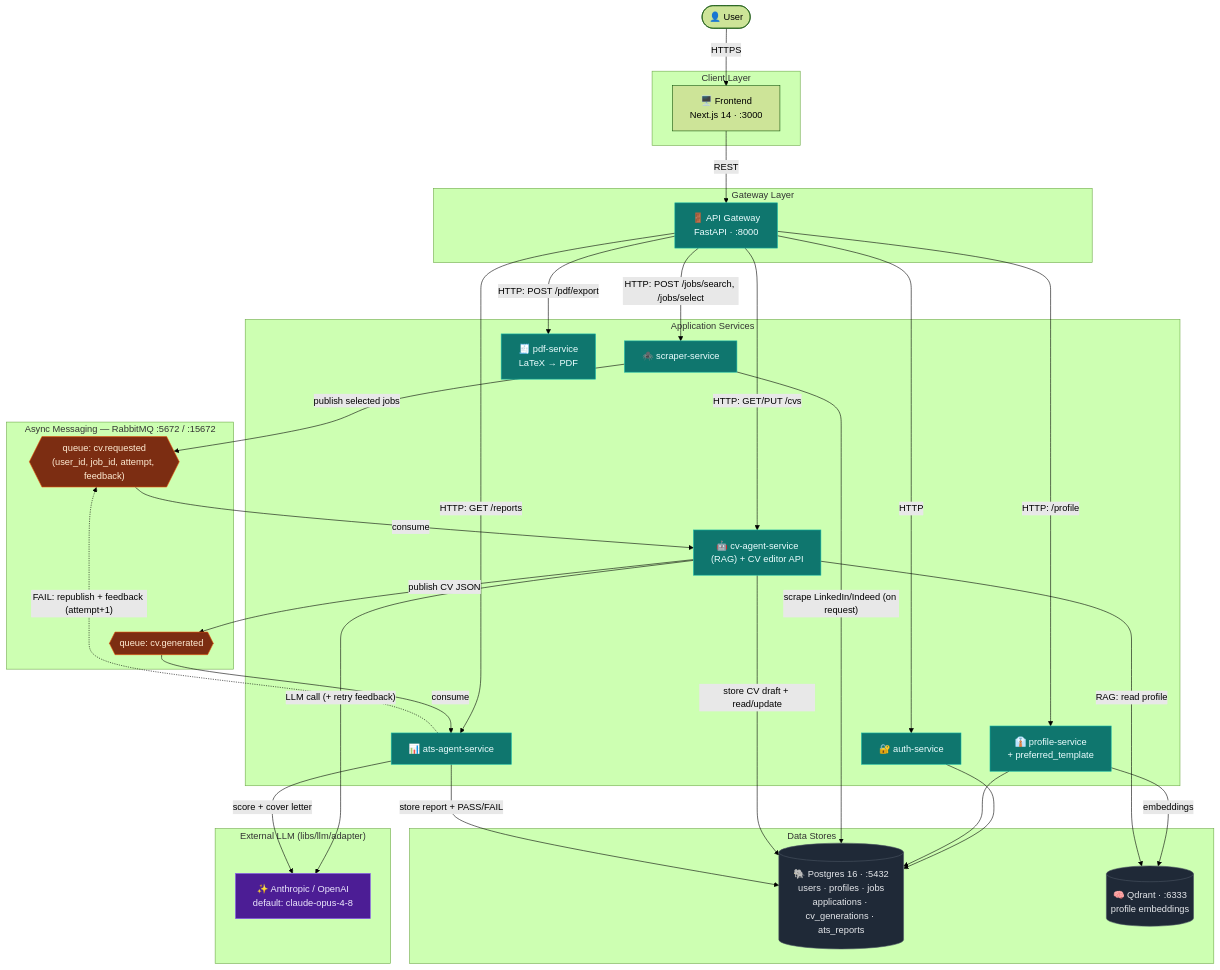
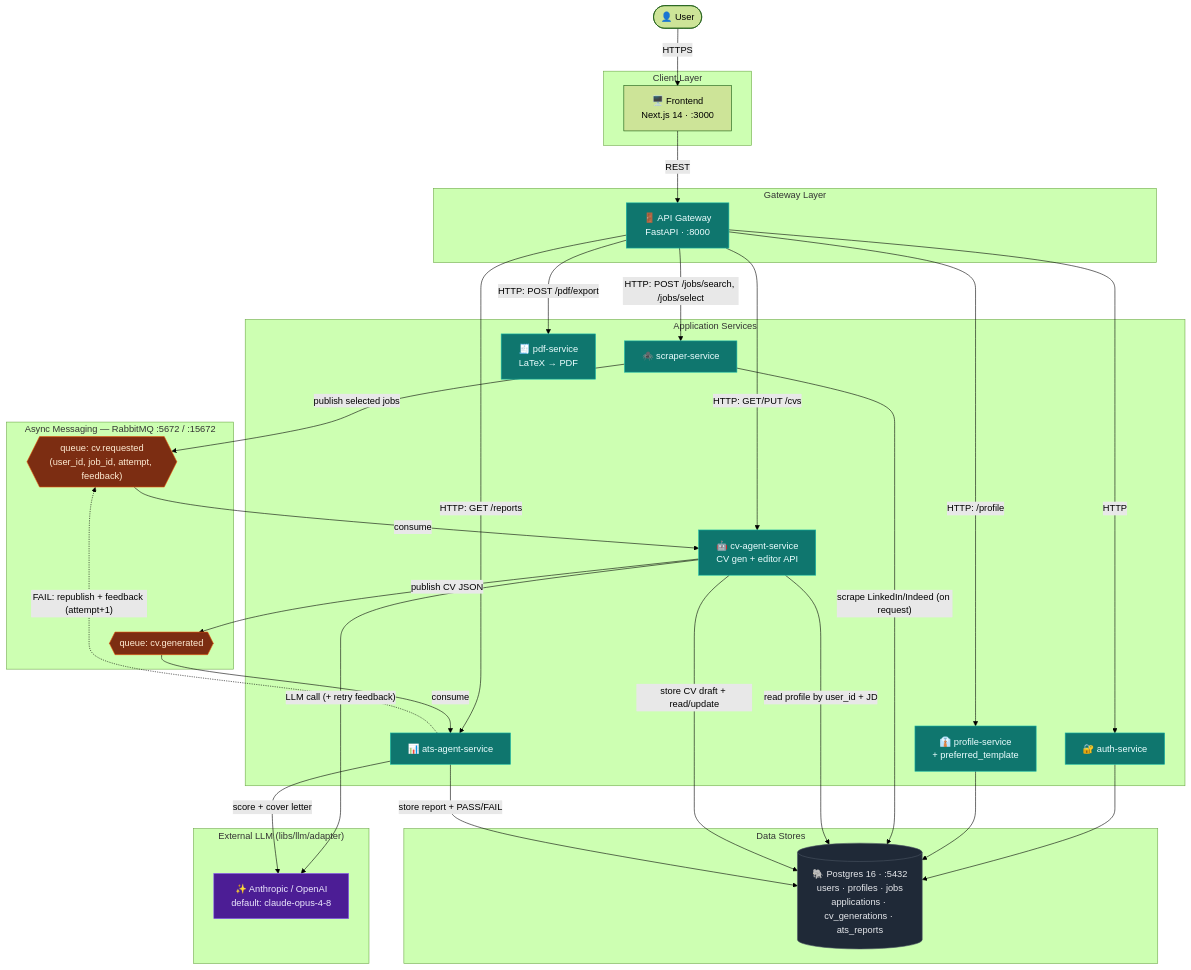
Before and after one commit to Tooltu-deve/Autonomous-Career-Agent: the first of 2 diagrams in docs/ARCHITECTURE.md, drawn with Mermaid (forest theme). The commit also changed other lines of this file and 16 other files, not shown here.

Commit message:
refactor: remove Qdrant/RAG, cv-agent reads profile from Postgres

````diff
--- a/docs/ARCHITECTURE.md
+++ b/docs/ARCHITECTURE.md
@@ -12,73 +12,71 @@
 ```mermaid
 flowchart TB
     User([👤 User])
 
     subgraph client["Client Layer"]
         FE["🖥️ Frontend<br/>Next.js 14 · :3000"]
     end
 
     subgraph gateway["Gateway Layer"]
         GW["🚪 API Gateway<br/>FastAPI · :8000"]
     end
 
     subgraph services["Application Services"]
         AUTH["🔐 auth-service"]
         PROF["👔 profile-service<br/>+ preferred_template"]
         SCRAPER["🕷️ scraper-service"]
-        CV["🤖 cv-agent-service<br/>(RAG) + CV editor API"]
+        CV["🤖 cv-agent-service<br/>CV gen + editor API"]
         ATS["📊 ats-agent-service"]
         PDF["🧾 pdf-service<br/>LaTeX → PDF"]
     end
 
     subgraph messaging["Async Messaging — RabbitMQ :5672 / :15672"]
         Q1{{"queue: cv.requested<br/>(user_id, job_id, attempt, feedback)"}}
         Q2{{"queue: cv.generated"}}
     end
 
     subgraph data["Data Stores"]
         PG[("🐘 Postgres 16 · :5432<br/>users · profiles · jobs<br/>applications · cv_generations · ats_reports")]
-        QD[("🧠 Qdrant · :6333<br/>profile embeddings")]
     end
 
     subgraph external["External LLM (libs/llm/adapter)"]
         LLM["✨ Anthropic / OpenAI<br/>default: claude-opus-4-8"]
     end
 
     %% Sync HTTP flows
     User -->|HTTPS| FE
     FE -->|REST| GW
     GW -->|HTTP| AUTH
     GW -->|"HTTP: /profile"| PROF
     GW -->|"HTTP: POST /jobs/search, /jobs/select"| SCRAPER
     GW -->|"HTTP: GET/PUT /cvs"| CV
     GW -->|"HTTP: GET /reports"| ATS
     GW -->|"HTTP: POST /pdf/export"| PDF
 
     %% Data access
     AUTH --> PG
     PROF --> PG
-    PROF -->|embeddings| QD
 
     %% Async pipeline (CV generation + scoring loop)
     SCRAPER -->|"scrape LinkedIn/Indeed (on request)"| PG
     SCRAPER -->|"publish selected jobs"| Q1
     Q1 -->|consume| CV
-    CV -->|RAG: read profile| QD
+    CV -->|"read profile by user_id + JD"| PG
     CV -->|"LLM call (+ retry feedback)"| LLM
     CV -->|"store CV draft + read/update"| PG
     CV -->|publish CV JSON| Q2
     Q2 -->|consume| ATS
     ATS -->|score + cover letter| LLM
     ATS -->|"store report + PASS/FAIL"| PG
     ATS -.->|"FAIL: republish + feedback (attempt+1)"| Q1
 
     classDef infra fill:#1f2937,stroke:#4b5563,color:#e5e7eb
     classDef svc fill:#0f766e,stroke:#14b8a6,color:#ecfeff
     classDef queue fill:#7c2d12,stroke:#ea580c,color:#ffedd5
     classDef ext fill:#4c1d95,stroke:#8b5cf6,color:#ede9fe
 
     class PG,QD infra
     class AUTH,PROF,SCRAPER,CV,ATS,PDF,GW svc
     class Q1,Q2 queue
     class LLM ext
 ```
````
